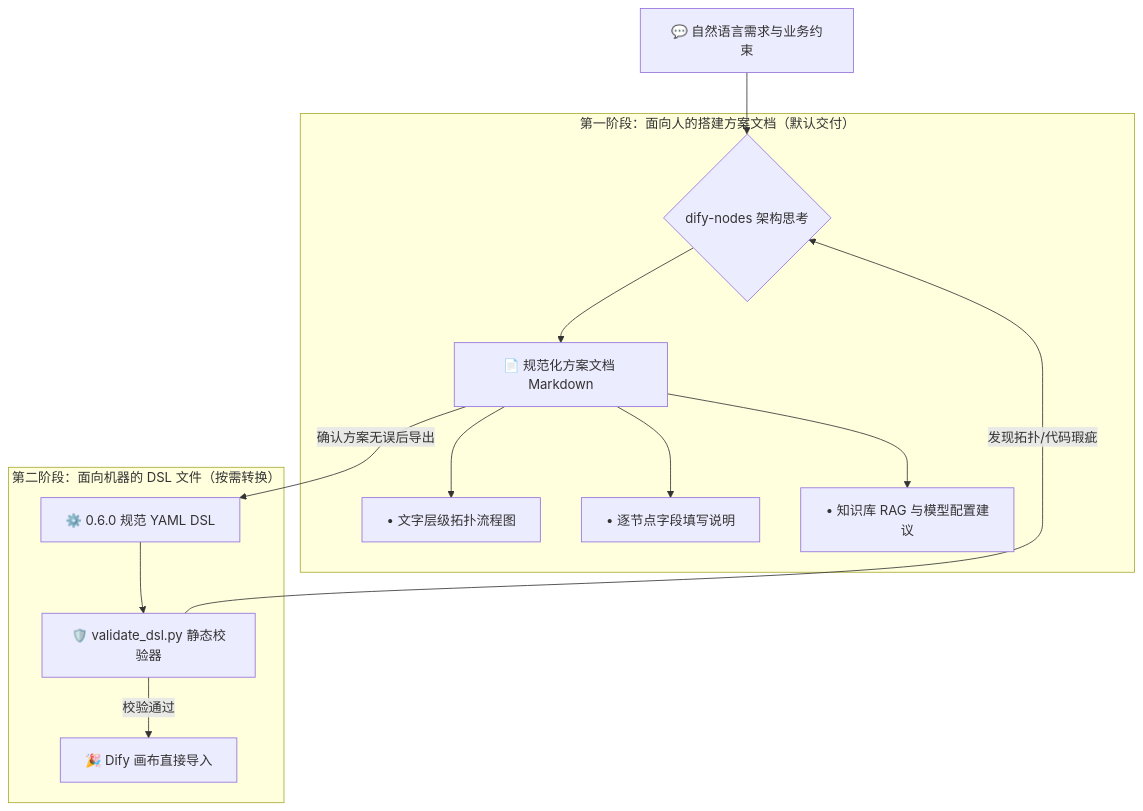
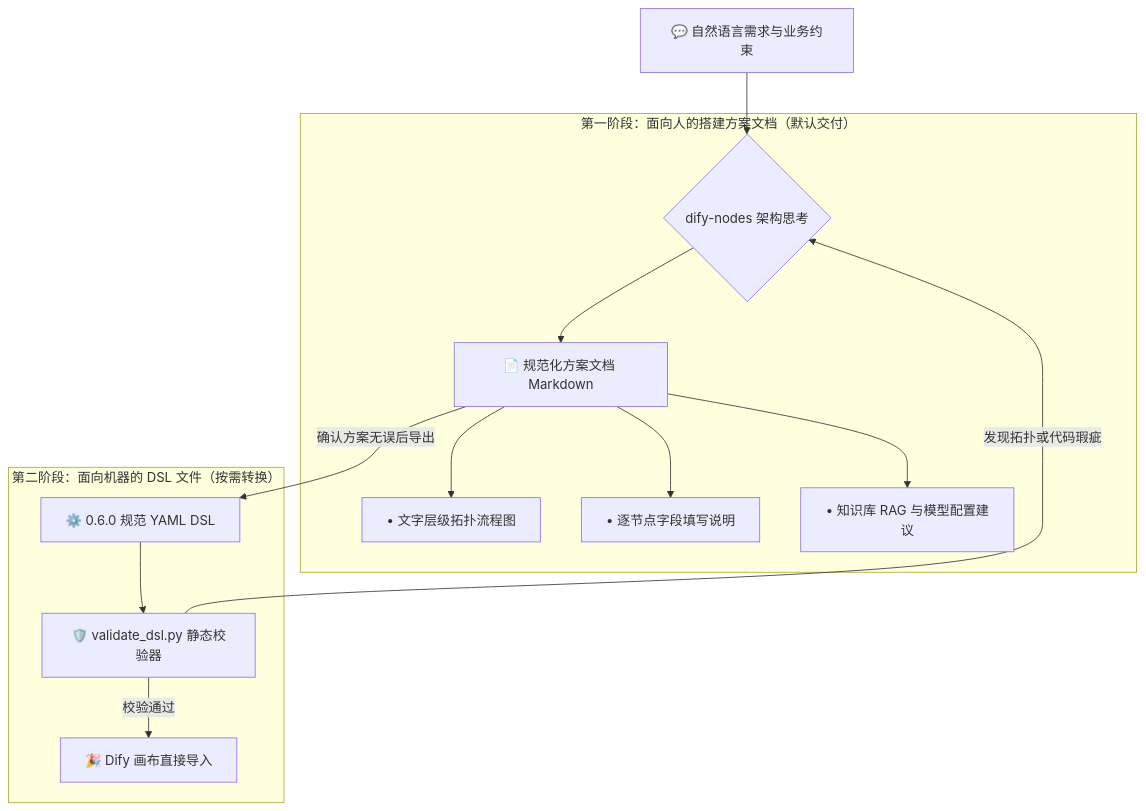
The diagram in README.md (guxiao7538/dify-nodes), drawn with Mermaid before and after one commit.

Commit message:
fix(docs): standardize mermaid flowchart syntax for universal github rendering

````diff
--- a/README.md
+++ b/README.md
@@ -52,18 +52,18 @@
 ```mermaid
-graph TD
-    A[💬 自然语言需求与业务约束] --> B{dify-nodes 架构思考}
+flowchart TD
+    A["💬 自然语言需求与业务约束"] --> B{"dify-nodes 架构思考"}
     
-    subgraph Tier1 [第一阶段：面向人的搭建方案文档（默认交付）]
-        B --> C[📄 规范化方案文档 Markdown]
-        C --> C1[• 文字层级拓扑流程图]
-        C --> C2[• 逐节点字段填写说明]
-        C --> C3[• 知识库 RAG 与模型配置建议]
+    subgraph Tier1 ["第一阶段：面向人的搭建方案文档（默认交付）"]
+        B --> C["📄 规范化方案文档 Markdown"]
+        C --> C1["• 文字层级拓扑流程图"]
+        C --> C2["• 逐节点字段填写说明"]
+        C --> C3["• 知识库 RAG 与模型配置建议"]
     end
     
-    subgraph Tier2 [第二阶段：面向机器的 DSL 文件（按需转换）]
-        C -->|确认方案无误后导出| D[⚙️ 0.6.0 规范 YAML DSL]
-        D --> E[🛡️ validate_dsl.py 静态校验器]
-        E -->|校验通过| F[🎉 Dify 画布直接导入]
-        E -->|发现拓扑/代码瑕疵| B
+    subgraph Tier2 ["第二阶段：面向机器的 DSL 文件（按需转换）"]
+        C -->|确认方案无误后导出| D["⚙️ 0.6.0 规范 YAML DSL"]
+        D --> E["🛡️ validate_dsl.py 静态校验器"]
+        E -->|校验通过| F["🎉 Dify 画布直接导入"]
+        E -->|发现拓扑或代码瑕疵| B
     end
 ```
````
